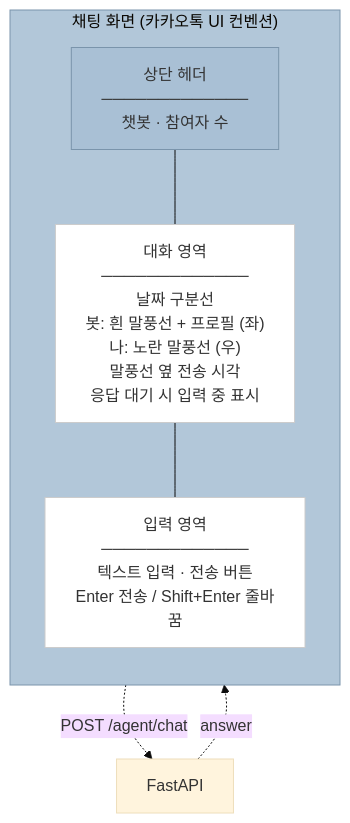
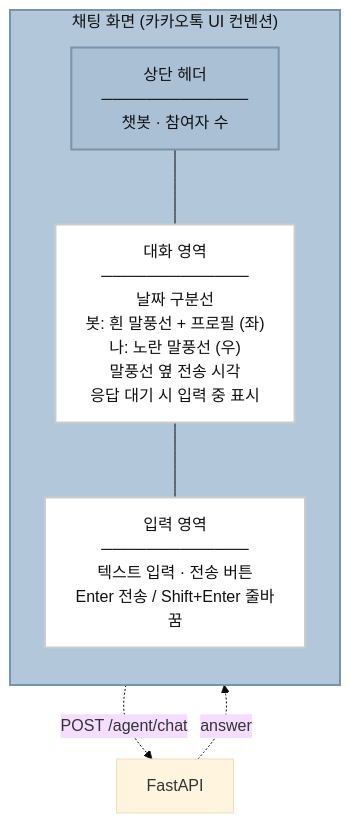
Before and after one commit to Dongju-00/eric-chatagent: the first of 10 diagrams in README.md, drawn with Mermaid (base theme). The commit also changed other lines of this file, not shown here.

````diff
--- a/README.md
+++ b/README.md
@@ -31,18 +31,18 @@
 ```mermaid
 flowchart TB
     subgraph UI["채팅 화면 (카카오톡 UI 컨벤션)"]
         direction TB
         H["상단 헤더<br/>─────────────<br/>챗봇 · 참여자 수"]
         B["대화 영역<br/>─────────────<br/>날짜 구분선<br/>봇: 흰 말풍선 + 프로필 (좌)<br/>나: 노란 말풍선 (우)<br/>말풍선 옆 전송 시각<br/>응답 대기 시 입력 중 표시"]
         I["입력 영역<br/>─────────────<br/>텍스트 입력 · 전송 버튼<br/>Enter 전송 / Shift+Enter 줄바꿈"]
         H --- B --- I
     end
 
     B -.->|POST /agent/chat| API[FastAPI]
     API -.->|answer| B
 
-    style UI fill:#b2c7d9,stroke:#7a94ab
-    style H fill:#a9c0d5,stroke:#7a94ab
-    style B fill:#ffffff,stroke:#cccccc
-    style I fill:#ffffff,stroke:#cccccc
+    style UI fill:#b2c7d9,stroke:#7a94ab,stroke-width:2px,color:#111111
+    style H fill:#a9c0d5,stroke:#7a94ab,stroke-width:2px,color:#111111
+    style B fill:#ffffff,stroke:#cccccc,stroke-width:2px,color:#111111
+    style I fill:#ffffff,stroke:#cccccc,stroke-width:2px,color:#111111
 ```
````
